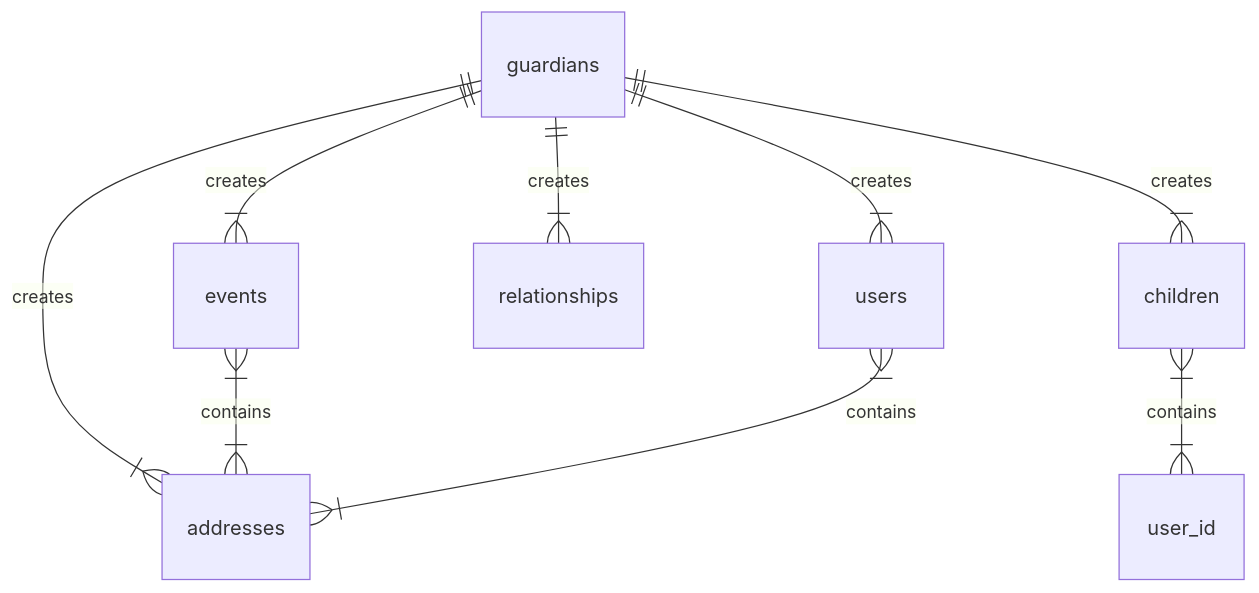
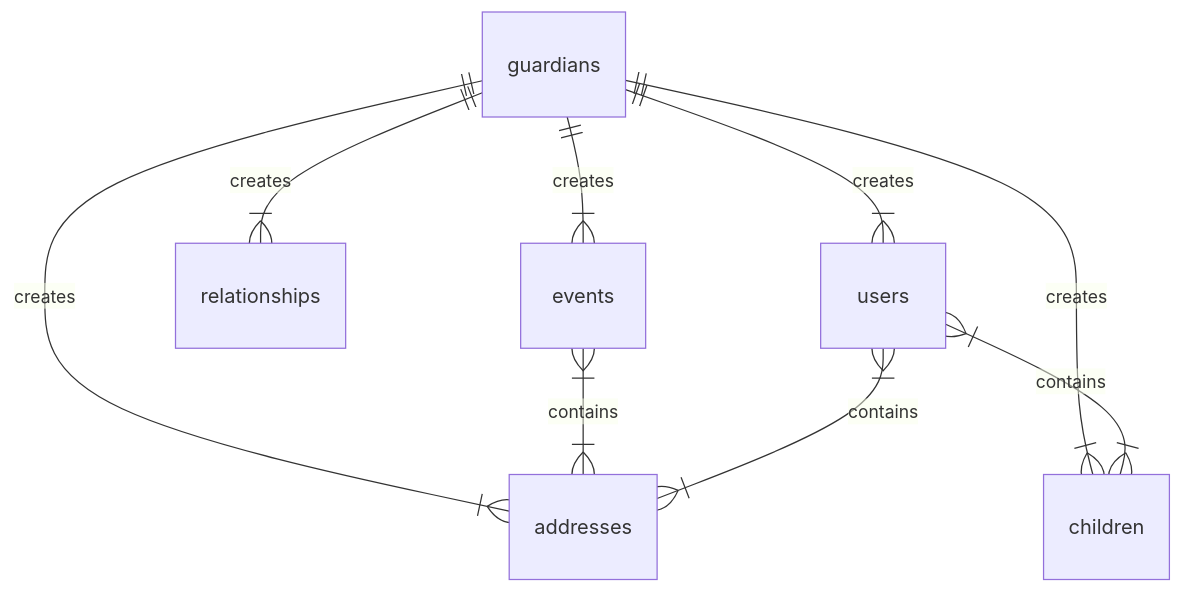
One commit to ChrisUno/Childcare changed the first of 2 diagrams in README.md. Above: the diagram before and after it, drawn with Mermaid.

````diff
--- a/README.md
+++ b/README.md
@@ -33,12 +33,12 @@
 ``` mermaid
 erDiagram
           guardians ||--|{ events : "creates"
           guardians ||--|{ children : "creates"
           guardians ||--|{ addresses : "creates"
           guardians ||--|{ relationships : "creates"
           guardians ||--|{ users : "creates"
           events }|--|{ addresses : "contains"
-          children }|--|{ user_id : "contains"
+          users }|--|{ children : "contains"
           users }|--|{ addresses : "contains"
           
 ```
````
